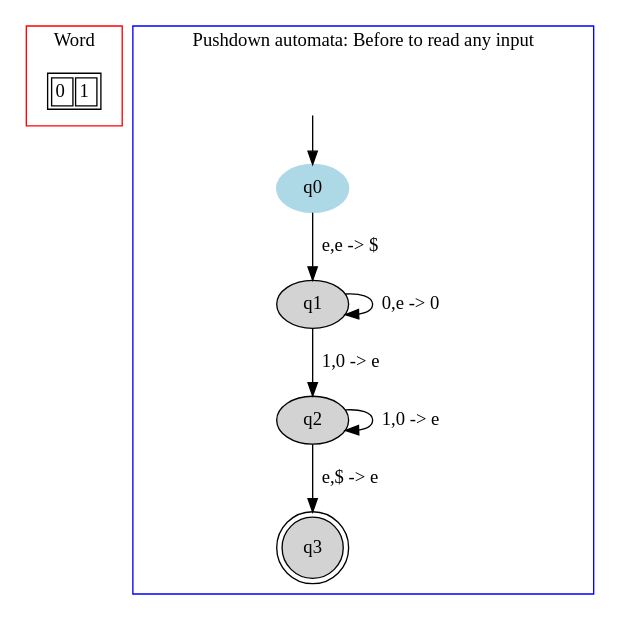
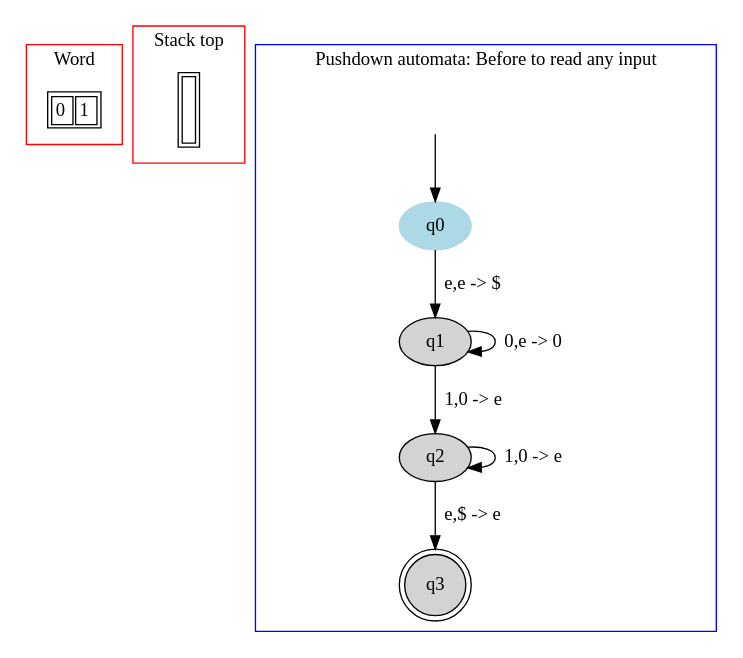
The diagram in PA/images/file0.dot (danielScLima/pushdown_automata), drawn with Graphviz before and after one commit. The commit also changed 2 other files, not shown here.

```diff
--- a/PA/images/file0.dot
+++ b/PA/images/file0.dot
@@ -1,30 +1,42 @@
 digraph G {
 	subgraph cluster_0 {
 		node [shape=plaintext];
 
 struct1 [label=<<TABLE>
 <TR>
 <TD><FONT>0</FONT></TD>
 <TD><FONT>1</FONT></TD>
 </TR>
 </TABLE>>];
 label = "Word";
+color=red;
+}
+	subgraph cluster_2 {
+		node [shape=plaintext];
+
+struct2 [label=<<TABLE>
+<TR>
+<TD width="10" height="50">
+</TD>
+</TR>
+</TABLE>>];
+label = "Stack top";
 color=red;
 }
 	subgraph cluster_1 {
 		node [style=filled];
 		label = "Pushdown automata: Before to read any input"
 		color=blue;
 
 		q0 [color="lightblue"];
 		q1;
 		q2;
 		q3 [shape="doublecircle"];
 		q0->q1[label="e,e -> $"];
 		q1->q1[label="0,e -> 0"];
 		q1->q2[label="1,0 -> e"];
 		q2->q2[label="1,0 -> e"];
 		q2->q3[label="e,$ -> e"];
 x [color=white, label=""];		x->q0	}
 
 }
```
